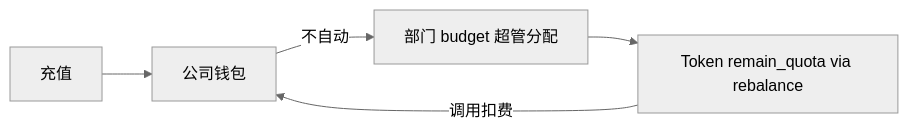
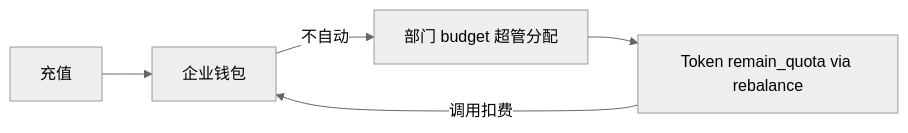
The third of 5 diagrams in docs/Backend-SaaS多租户架构.md (quyip8818/mytokenjoy), drawn with Mermaid (neutral theme) before and after one commit. The commit also changed other lines of this file and 120 other files, not shown here.

````diff
--- a/docs/Backend-SaaS多租户架构.md
+++ b/docs/Backend-SaaS多租户架构.md
@@ -219,7 +219,7 @@
 ```mermaid
 flowchart LR
-    RCH[充值] --> W[公司钱包]
+    RCH[充值] --> W[企业钱包]
     W -->|不自动| BN[部门 budget 超管分配]
     BN --> TK[Token remain_quota via rebalance]
     TK -->|调用扣费| W
 ```
````
